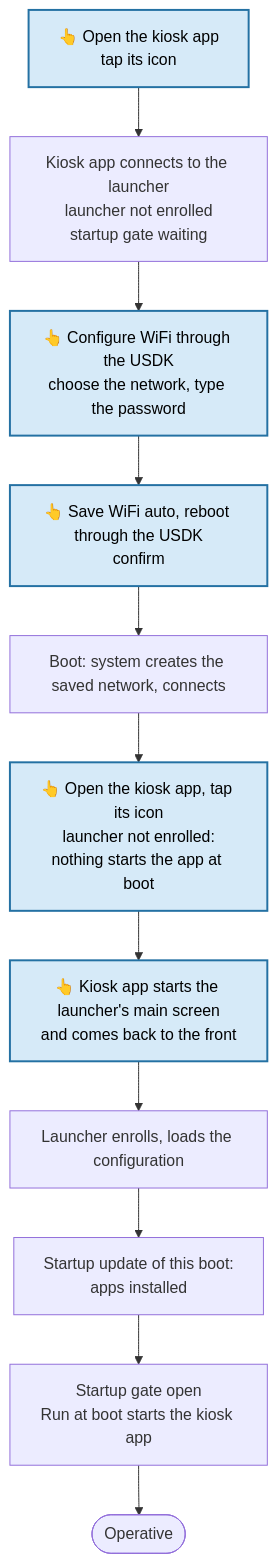
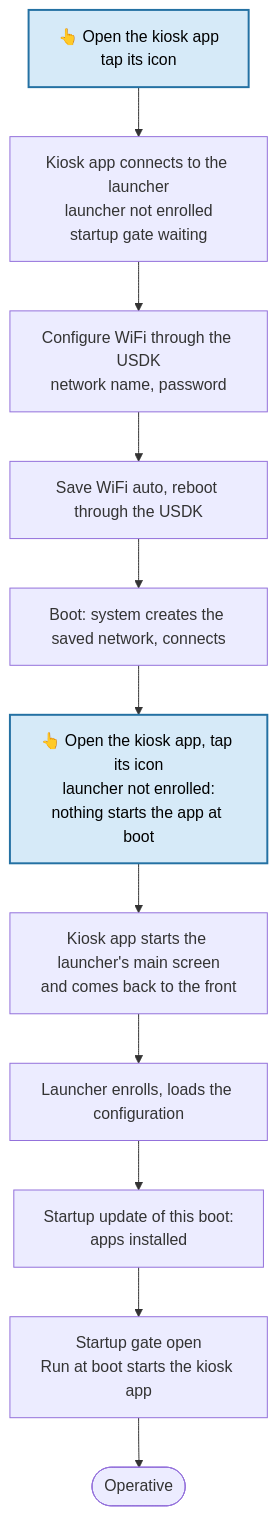
The second of 4 diagrams in docs/wifi-setup.md (rch-fw/HmdmChangeDeviceNumber), drawn with Mermaid before and after one commit. The commit also changed other lines of this file, not shown here.

First line of the commit message:
Docs: only tapping the kiosk app's icon and allowing a suggestion need the user

````diff
--- a/docs/wifi-setup.md
+++ b/docs/wifi-setup.md
@@ -184,15 +184,15 @@
 ```mermaid
 flowchart TD
     A[👆 Open the kiosk app<br/>tap its icon] --> B[Kiosk app connects to the launcher<br/>launcher not enrolled<br/>startup gate waiting]
-    B --> C[👆 Configure WiFi through the USDK<br/>choose the network, type the password]
-    C --> D[👆 Save WiFi auto, reboot through the USDK<br/>confirm]
+    B --> C[Configure WiFi through the USDK<br/>network name, password]
+    C --> D[Save WiFi auto, reboot through the USDK]
     D --> E[Boot: system creates the saved network, connects]
     E --> F[👆 Open the kiosk app, tap its icon<br/>launcher not enrolled:<br/>nothing starts the app at boot]
-    F --> G[👆 Kiosk app starts the launcher's main screen<br/>and comes back to the front]
+    F --> G[Kiosk app starts the launcher's main screen<br/>and comes back to the front]
     G --> H[Launcher enrolls, loads the configuration]
     H --> I[Startup update of this boot:<br/>apps installed]
     I --> J[Startup gate open<br/>Run at boot starts the kiosk app]
     J --> K([Operative])
     classDef user fill:#d6eaf8,stroke:#2471a3,stroke-width:2px,color:#000
-    class A,C,D,F,G user
+    class A,F user
 ```
````
